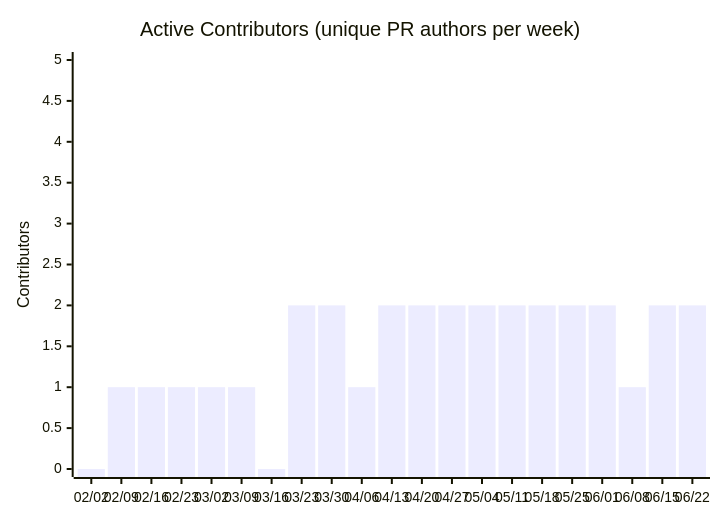
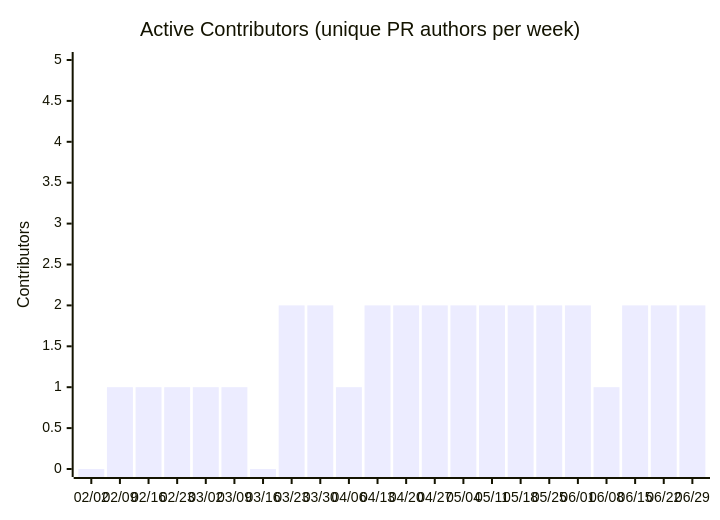
One commit to nablarch/nabledge-dev changed the seventh of 14 diagrams in docs/metrics.md. Above: the diagram before and after it, drawn with Mermaid. The commit also changed other lines of this file and 2 other files, not shown here.

````diff
--- a/docs/metrics.md
+++ b/docs/metrics.md
@@ -109,7 +109,7 @@
 ```mermaid
 xychart-beta
   title "Active Contributors (unique PR authors per week)"
-  x-axis ["02/02", "02/09", "02/16", "02/23", "03/02", "03/09", "03/16", "03/23", "03/30", "04/06", "04/13", "04/20", "04/27", "05/04", "05/11", "05/18", "05/25", "06/01", "06/08", "06/15", "06/22"]
+  x-axis ["02/02", "02/09", "02/16", "02/23", "03/02", "03/09", "03/16", "03/23", "03/30", "04/06", "04/13", "04/20", "04/27", "05/04", "05/11", "05/18", "05/25", "06/01", "06/08", "06/15", "06/22", "06/29"]
   y-axis "Contributors" 0 --> 5
-  bar [0, 1, 1, 1, 1, 1, 0, 2, 2, 1, 2, 2, 2, 2, 2, 2, 2, 2, 1, 2, 2]
+  bar [0, 1, 1, 1, 1, 1, 0, 2, 2, 1, 2, 2, 2, 2, 2, 2, 2, 2, 1, 2, 2, 2]
 ```
````
